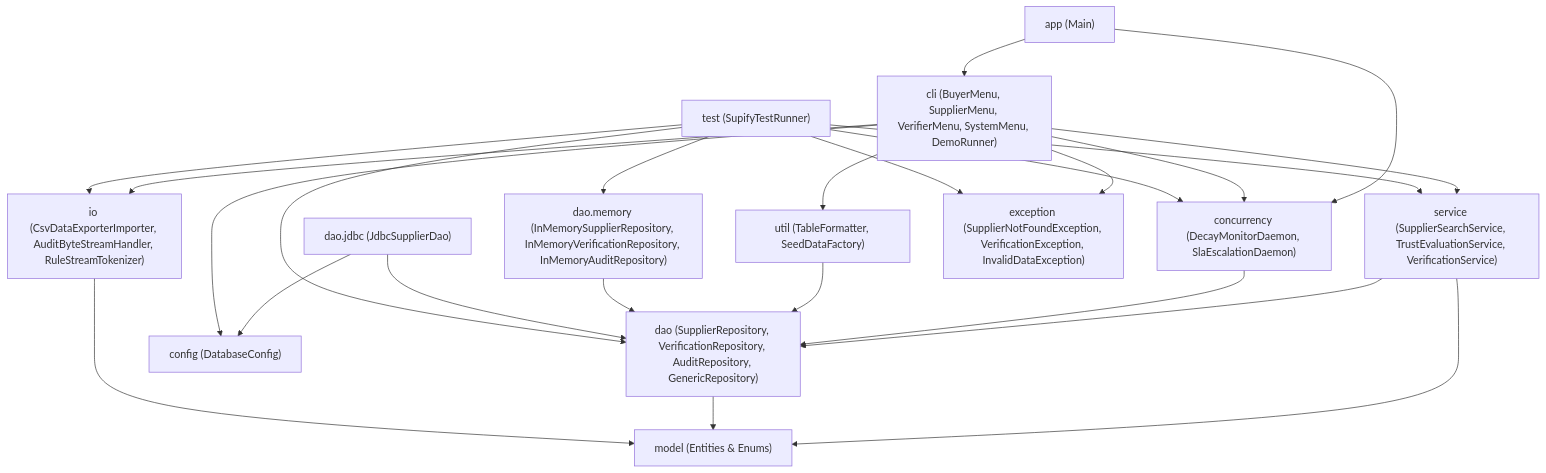
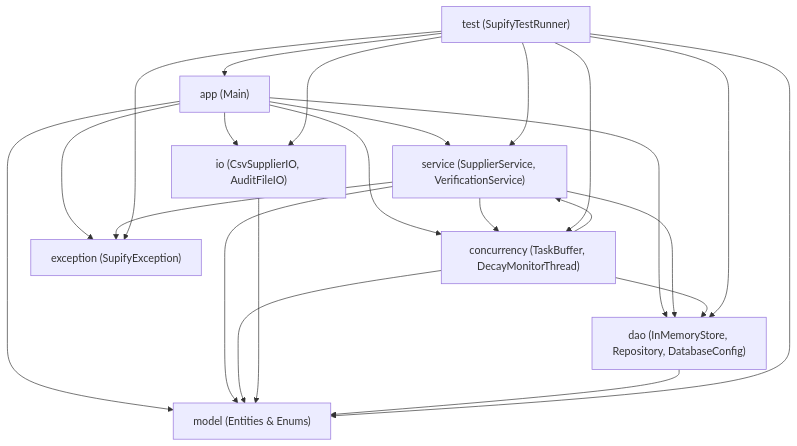
Before and after one commit to ArchitSublok/supify: the first of 7 diagrams in docs/backend-architecture.md, drawn with Mermaid. The commit also changed other lines of this file and 77 other files, not shown here.

Commit message:
refactor(backend): simplify pure-Java backend to 20 files, redraw UML diagrams, and refresh tests

````diff
--- a/docs/backend-architecture.md
+++ b/docs/backend-architecture.md
@@ -12,30 +12,29 @@
 ```mermaid
 flowchart TD
-    APP["app (Main)"] --> CLI["cli (BuyerMenu, SupplierMenu, VerifierMenu, SystemMenu, DemoRunner)"]
-    APP --> CONC["concurrency (DecayMonitorDaemon, SlaEscalationDaemon)"]
-    CLI --> SVC["service (SupplierSearchService, TrustEvaluationService, VerificationService)"]
-    CLI --> CONC
-    CLI --> IO["io (CsvDataExporterImporter, AuditByteStreamHandler, RuleStreamTokenizer)"]
-    CLI --> UTIL["util (TableFormatter, SeedDataFactory)"]
+    APP["app (Main)"] --> SVC["service (SupplierService, VerificationService)"]
+    APP --> DAO["dao (InMemoryStore, Repository, DatabaseConfig)"]
+    APP --> CONC["concurrency (TaskBuffer, DecayMonitorThread)"]
+    APP --> IO["io (CsvSupplierIO, AuditFileIO)"]
+    APP --> EXC["exception (SupifyException)"]
+    APP --> MODEL["model (Entities & Enums)"]
 
-    SVC --> DAO["dao (SupplierRepository, VerificationRepository, AuditRepository, GenericRepository)"]
+    SVC --> DAO
+    SVC --> CONC
+    SVC --> EXC
+    SVC --> MODEL
+
     CONC --> DAO
-    UTIL --> DAO
+    CONC --> SVC
+    CONC --> MODEL
 
-    MEM["dao.memory (InMemorySupplierRepository, InMemoryVerificationRepository, InMemoryAuditRepository)"] --> DAO
-    JDBC["dao.jdbc (JdbcSupplierDao)"] --> DAO
-    JDBC --> CFG["config (DatabaseConfig)"]
-    CLI --> CFG
+    IO --> MODEL
+    DAO --> MODEL
 
-    CLI --> EXC["exception (SupplierNotFoundException, VerificationException, InvalidDataException)"]
-    SVC --> MODEL["model (Entities & Enums)"]
-    DAO --> MODEL
-    IO --> MODEL
-
-    TEST["test (SupifyTestRunner)"] --> SVC
+    TEST["test (SupifyTestRunner)"] --> APP
+    TEST --> SVC
+    TEST --> DAO
     TEST --> CONC
     TEST --> IO
-    TEST --> MEM
     TEST --> EXC
-    TEST --> DAO
+    TEST --> MODEL
 ```
````
